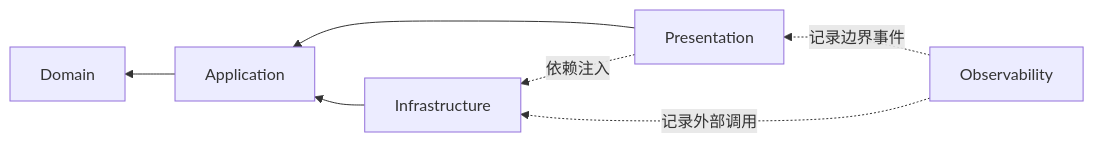
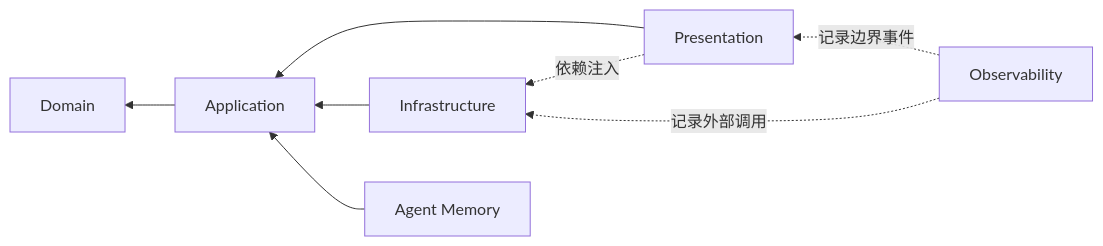
Before and after one commit to yiting001/agent: the first of 2 diagrams in docs/architecture.md, drawn with Mermaid. The commit also changed other lines of this file and 44 other files, not shown here.

Commit message:
feat: add agent short and long term memory

````diff
--- a/docs/architecture.md
+++ b/docs/architecture.md
@@ -9,9 +9,10 @@
 ```mermaid
 flowchart RL
   Presentation[Presentation] --> Application[Application]
   Infrastructure[Infrastructure] --> Application
   Application --> Domain[Domain]
   Presentation -. 依赖注入 .-> Infrastructure
   Observability[Observability] -. 记录边界事件 .-> Presentation
   Observability -. 记录外部调用 .-> Infrastructure
+  AgentMemory[Agent Memory] --> Application
 ```
````
